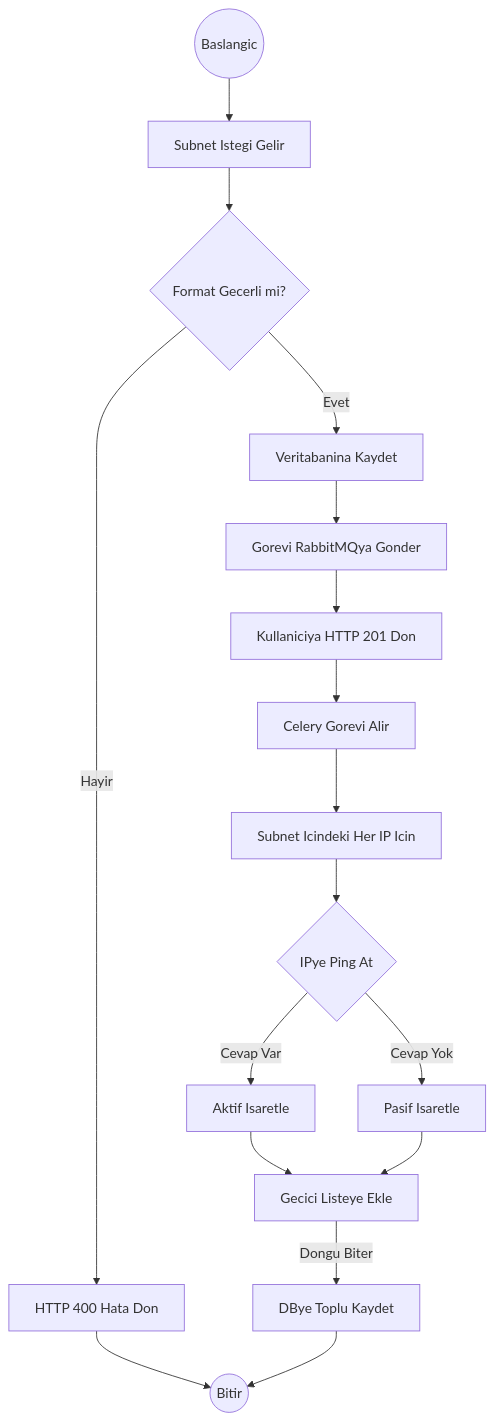
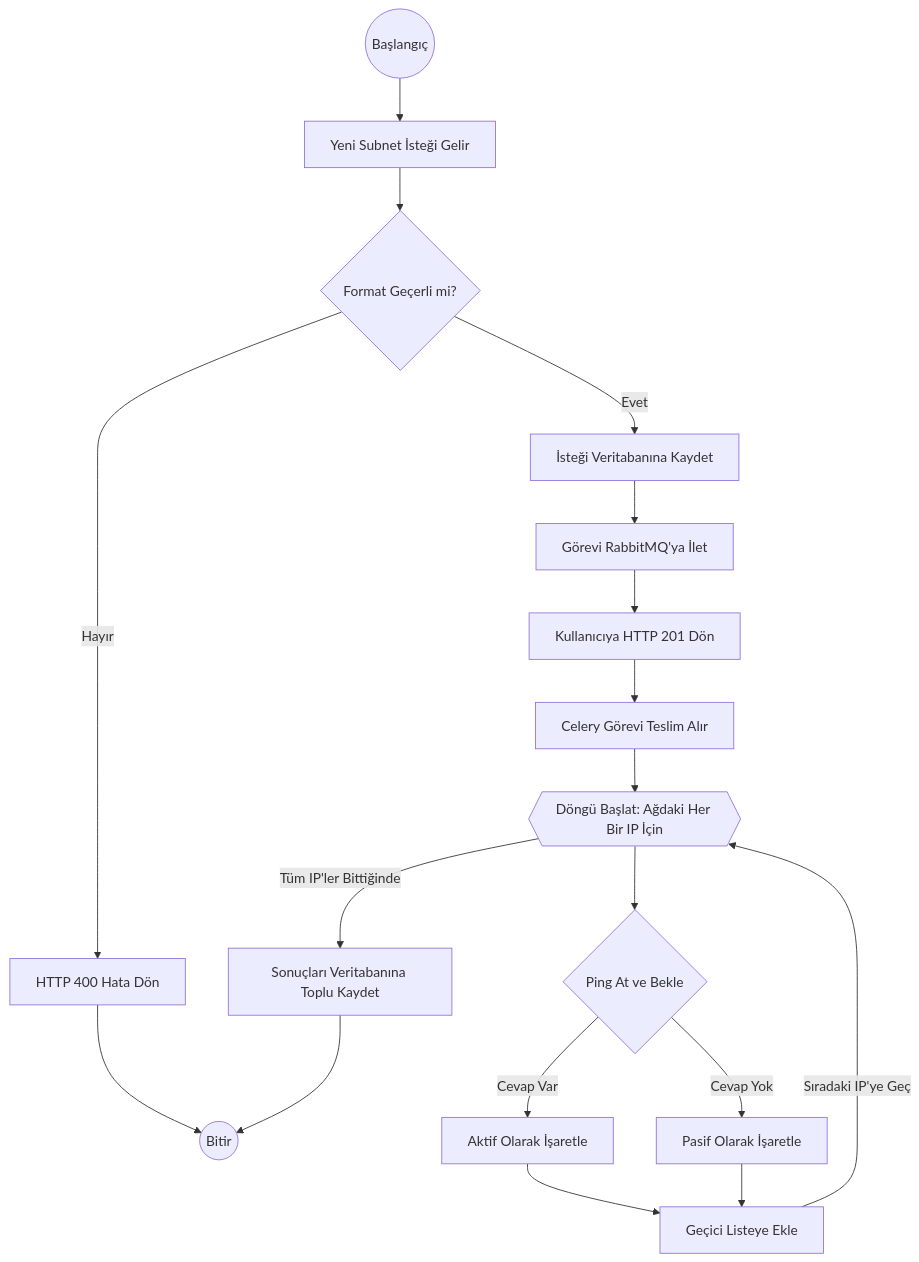
The second of 2 diagrams in README.md (omercesursen/django-celery-subnet-scanner), drawn with Mermaid before and after one commit. The commit also changed other lines of this file and 1 other file, not shown here.

Commit message:
Algoritma semalari guncellendi ve veritabani yedegi eklendi

````diff
--- a/README.md
+++ b/README.md
@@ -64,18 +64,19 @@
 ```mermaid
 flowchart TD
-    Start((Baslangic)) --> Req[Subnet Istegi Gelir]
-    Req --> Val{Format Gecerli mi?}
-    Val -->|Hayir| Err[HTTP 400 Hata Don] --> Finish((Bitir))
-    Val -->|Evet| Save[Veritabanina Kaydet]
-    Save --> Queue[Gorevi RabbitMQya Gonder]
-    Queue --> Res[Kullaniciya HTTP 201 Don]
-    Res --> Worker[Celery Gorevi Alir]
-    Worker --> Loop[Subnet Icindeki Her IP Icin]
-    Loop --> Ping{IPye Ping At}
-    Ping -->|Cevap Var| Act[Aktif Isaretle]
-    Ping -->|Cevap Yok| Pas[Pasif Isaretle]
-    Act --> Add[Gecici Listeye Ekle]
+    Start((Başlangıç)) --> Req[Yeni Subnet İsteği Gelir]
+    Req --> Val{Format Geçerli mi?}
+    Val -->|Hayır| Err[HTTP 400 Hata Dön] --> Finish((Bitir))
+    Val -->|Evet| Save[İsteği Veritabanına Kaydet]
+    Save --> Queue[Görevi RabbitMQ'ya İlet]
+    Queue --> Res[Kullanıcıya HTTP 201 Dön]
+    Res --> Worker[Celery Görevi Teslim Alır]
+    Worker --> Loop{{Döngü Başlat: Ağdaki Her Bir IP İçin}}
+    Loop --> Ping{Ping At ve Bekle}
+    Ping -->|Cevap Var| Act[Aktif Olarak İşaretle]
+    Ping -->|Cevap Yok| Pas[Pasif Olarak İşaretle]
+    Act --> Add[Geçici Listeye Ekle]
     Pas --> Add
-    Add -->|Dongu Biter| Bulk[DBye Toplu Kaydet]
+    Add -->|Sıradaki IP'ye Geç| Loop
+    Loop -->|Tüm IP'ler Bittiğinde| Bulk[Sonuçları Veritabanına Toplu Kaydet]
     Bulk --> Finish
 ```
````
